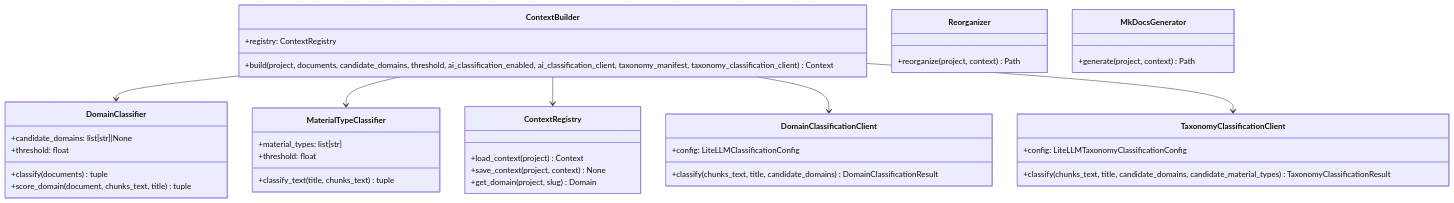
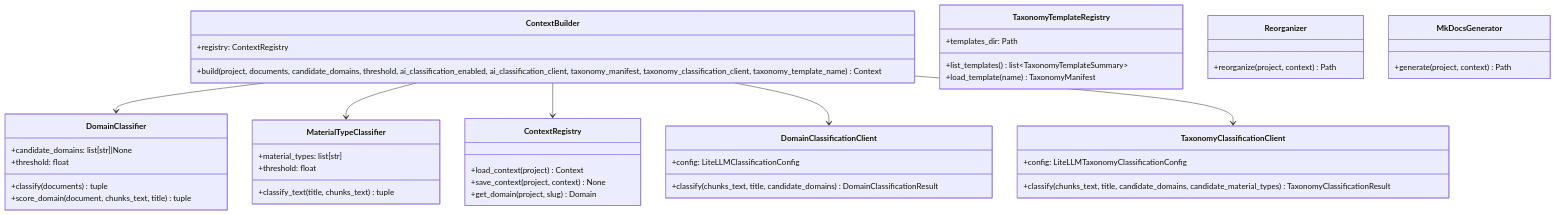
The diagram in docs/api/context.md (fmanza/doc_organize), drawn with Mermaid before and after one commit. The commit also changed other lines of this file and 16 other files, not shown here.

````diff
--- a/docs/api/context.md
+++ b/docs/api/context.md
@@ -7,43 +7,48 @@
 ```mermaid
 classDiagram
     class ContextBuilder {
         +registry: ContextRegistry
-        +build(project, documents, candidate_domains, threshold, ai_classification_enabled, ai_classification_client, taxonomy_manifest, taxonomy_classification_client) Context
+        +build(project, documents, candidate_domains, threshold, ai_classification_enabled, ai_classification_client, taxonomy_manifest, taxonomy_classification_client, taxonomy_template_name) Context
+    }
+    class TaxonomyTemplateRegistry {
+        +templates_dir: Path
+        +list_templates() list~TaxonomyTemplateSummary~
+        +load_template(name) TaxonomyManifest
     }
     class DomainClassifier {
         +candidate_domains: list[str]|None
         +threshold: float
         +classify(documents) tuple
         +score_domain(document, chunks_text, title) tuple
     }
     class MaterialTypeClassifier {
         +material_types: list[str]
         +threshold: float
         +classify_text(title, chunks_text) tuple
     }
     class ContextRegistry {
         +load_context(project) Context
         +save_context(project, context) None
         +get_domain(project, slug) Domain
     }
     class Reorganizer {
         +reorganize(project, context) Path
     }
     class MkDocsGenerator {
         +generate(project, context) Path
     }
     class DomainClassificationClient {
         +config: LiteLLMClassificationConfig
         +classify(chunks_text, title, candidate_domains) DomainClassificationResult
     }
     class TaxonomyClassificationClient {
         +config: LiteLLMTaxonomyClassificationConfig
         +classify(chunks_text, title, candidate_domains, candidate_material_types) TaxonomyClassificationResult
     }
 
     ContextBuilder --> DomainClassifier
     ContextBuilder --> MaterialTypeClassifier
     ContextBuilder --> ContextRegistry
     ContextBuilder --> DomainClassificationClient
     ContextBuilder --> TaxonomyClassificationClient
 ```
````
